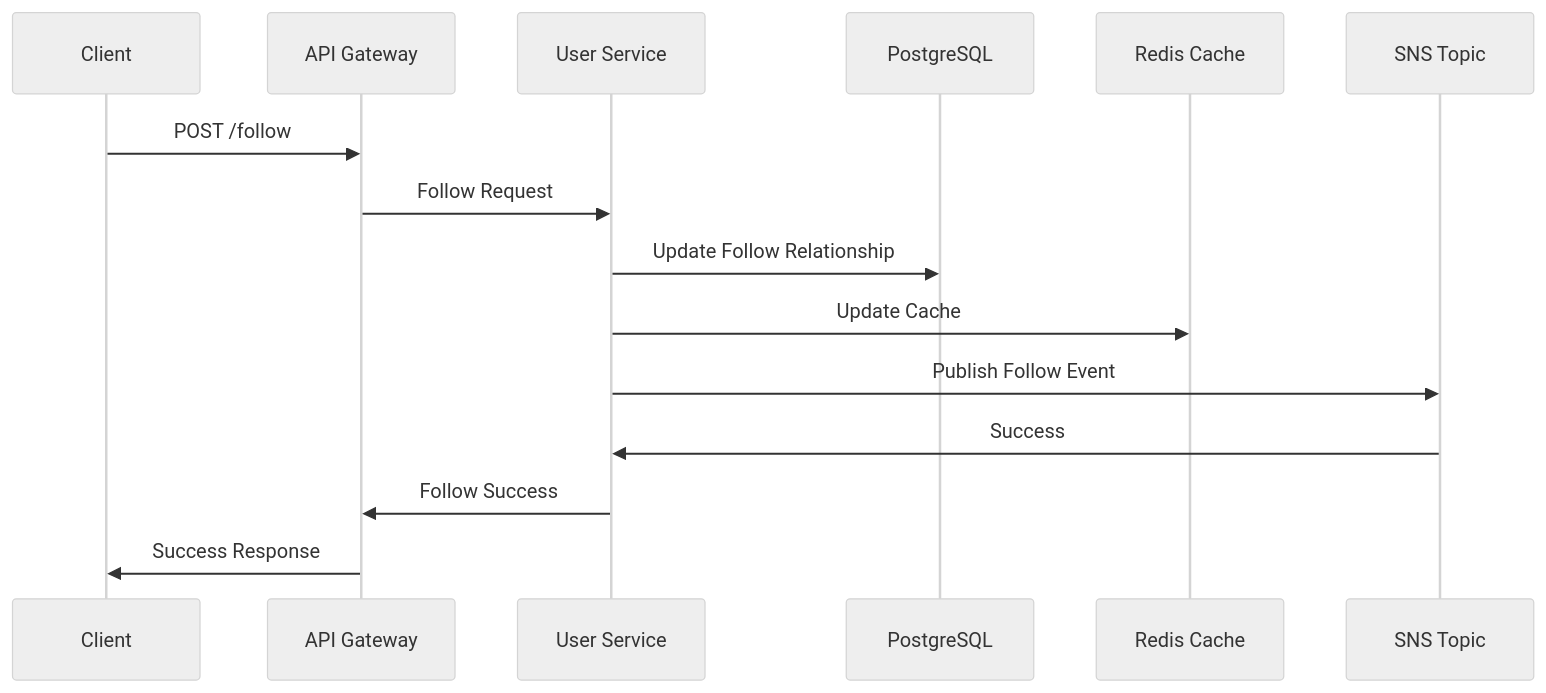
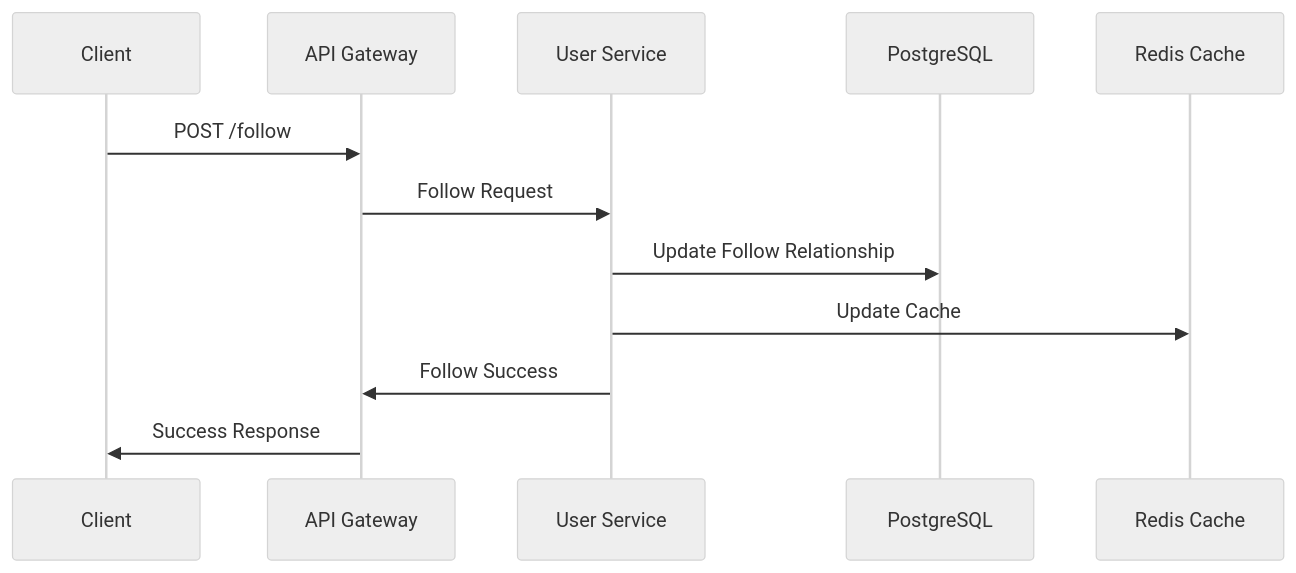
The fourth of 6 diagrams in architecture.md (lisandropascuali/twitter-app), drawn with Mermaid (neutral theme) before and after one commit. The commit also changed other lines of this file and 1 other file, not shown here.

Commit message:
feat: change in architecture: fanout on read strategy instead of fanout on write

````diff
--- a/architecture.md
+++ b/architecture.md
@@ -120,18 +117,15 @@
 ```mermaid
 sequenceDiagram
     participant C as Client
     participant AG as API Gateway
     participant US as User Service
     participant RDS as PostgreSQL
     participant R as Redis Cache
-    participant SNS as SNS Topic
 
     C->>AG: POST /follow
     AG->>US: Follow Request
     US->>RDS: Update Follow Relationship
     US->>R: Update Cache
-    US->>SNS: Publish Follow Event
-    SNS->>US: Success
     US->>AG: Follow Success
     AG->>C: Success Response
 ```
````
